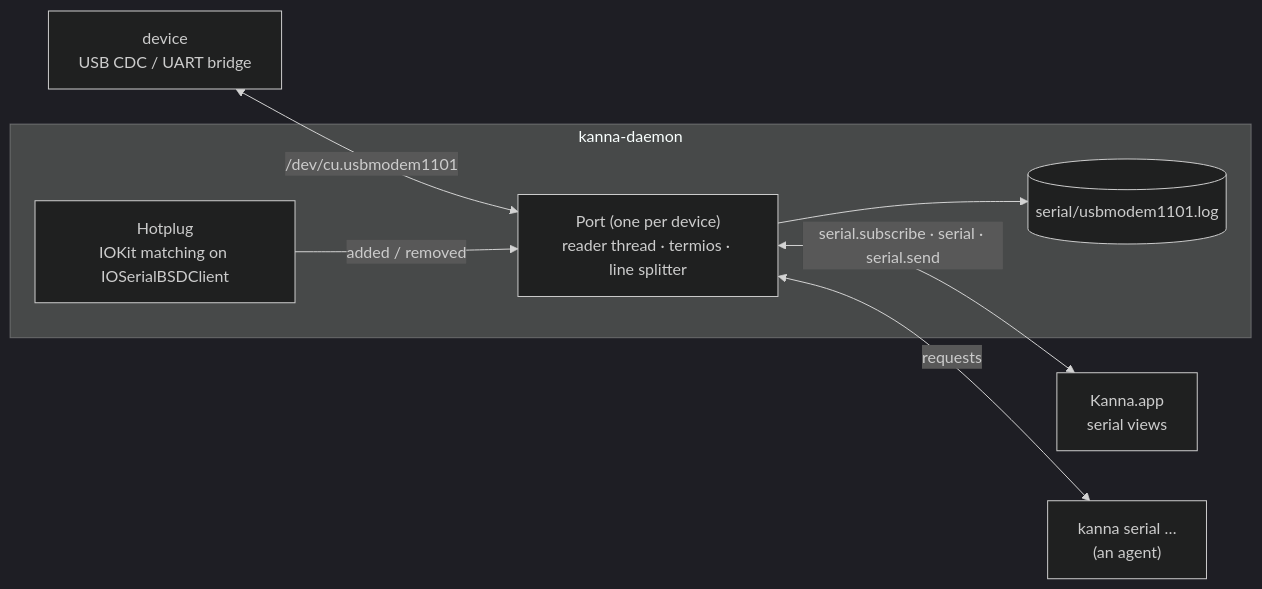
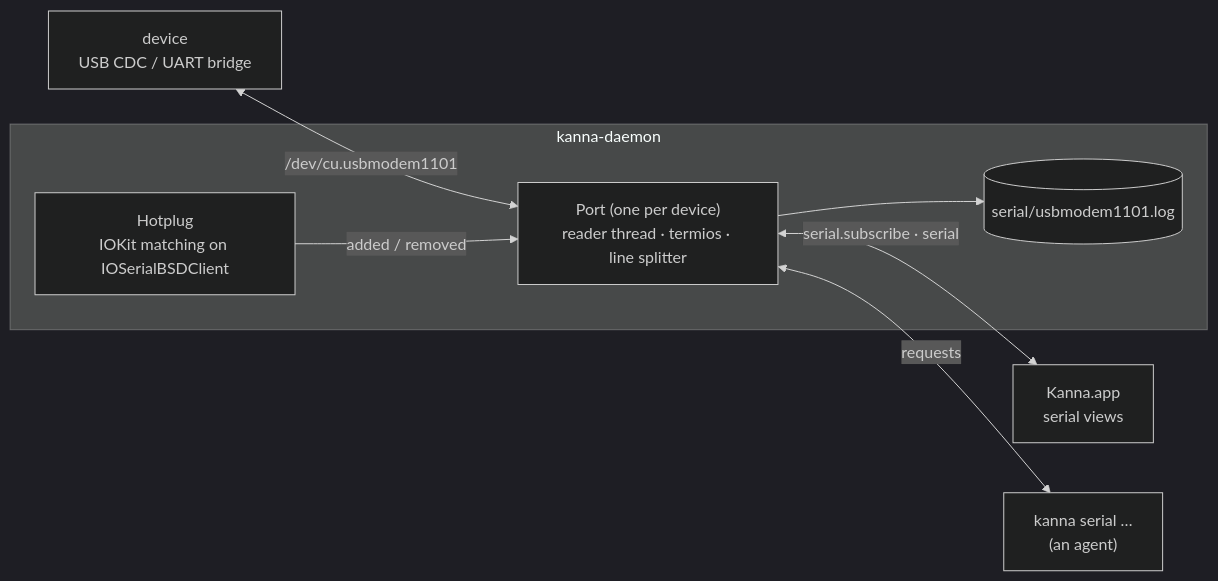
The diagram in docs/specs/serial-monitor.md (tampopogk/kanna), drawn with Mermaid (dark theme) before and after one commit. The commit also changed other lines of this file and 2 other files, not shown here.

Commit message:
Serial monitor spec: as built (DTR by device, baud set in place, borrow watches the borrower's PID, kanna serial set, history per port, the serial push carries the state), its tests, and what's left to try on hardware

````diff
--- a/docs/specs/serial-monitor.md
+++ b/docs/specs/serial-monitor.md
@@ -71,16 +76,16 @@
 ```mermaid
 flowchart LR
     DEV["device<br/>USB CDC / UART bridge"]
     subgraph DAEMON["kanna-daemon"]
         HP["Hotplug<br/>IOKit matching on IOSerialBSDClient"]
         P["Port (one per device)<br/>reader thread · termios · line splitter"]
         L[("serial/usbmodem1101.log")]
     end
     APP["Kanna.app<br/>serial views"]
     CLI["kanna serial …<br/>(an agent)"]
     DEV <-->|"/dev/cu.usbmodem1101"| P
     HP -->|"added / removed"| P
     P --> L
-    P <-->|"serial.subscribe · serial · serial.send"| APP
+    P <-->|"serial.subscribe · serial"| APP
     P <-->|"requests"| CLI
 ```
````
